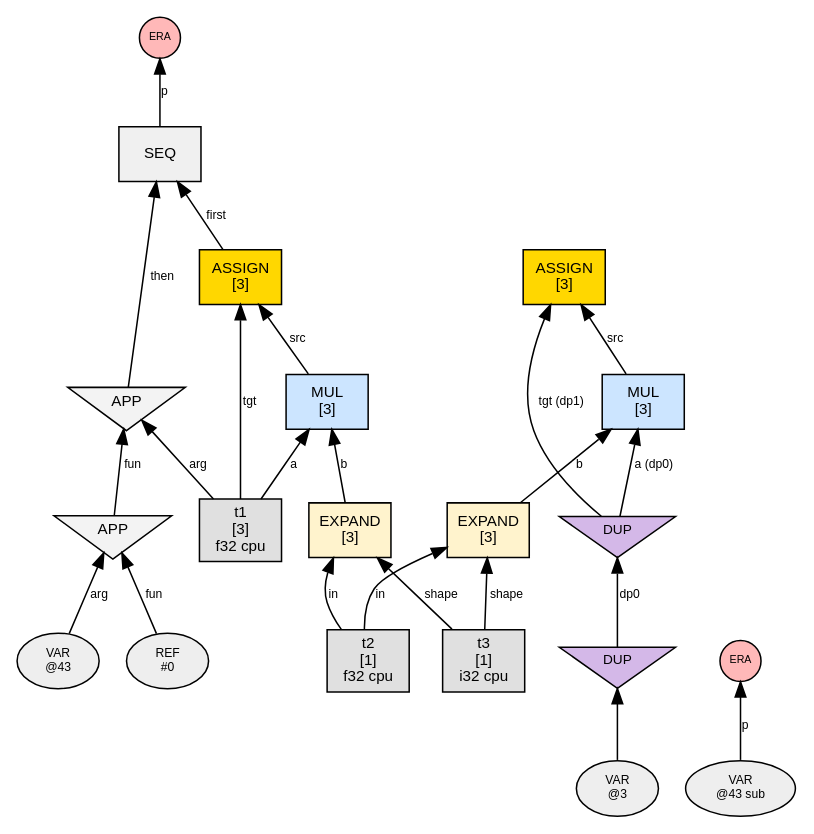
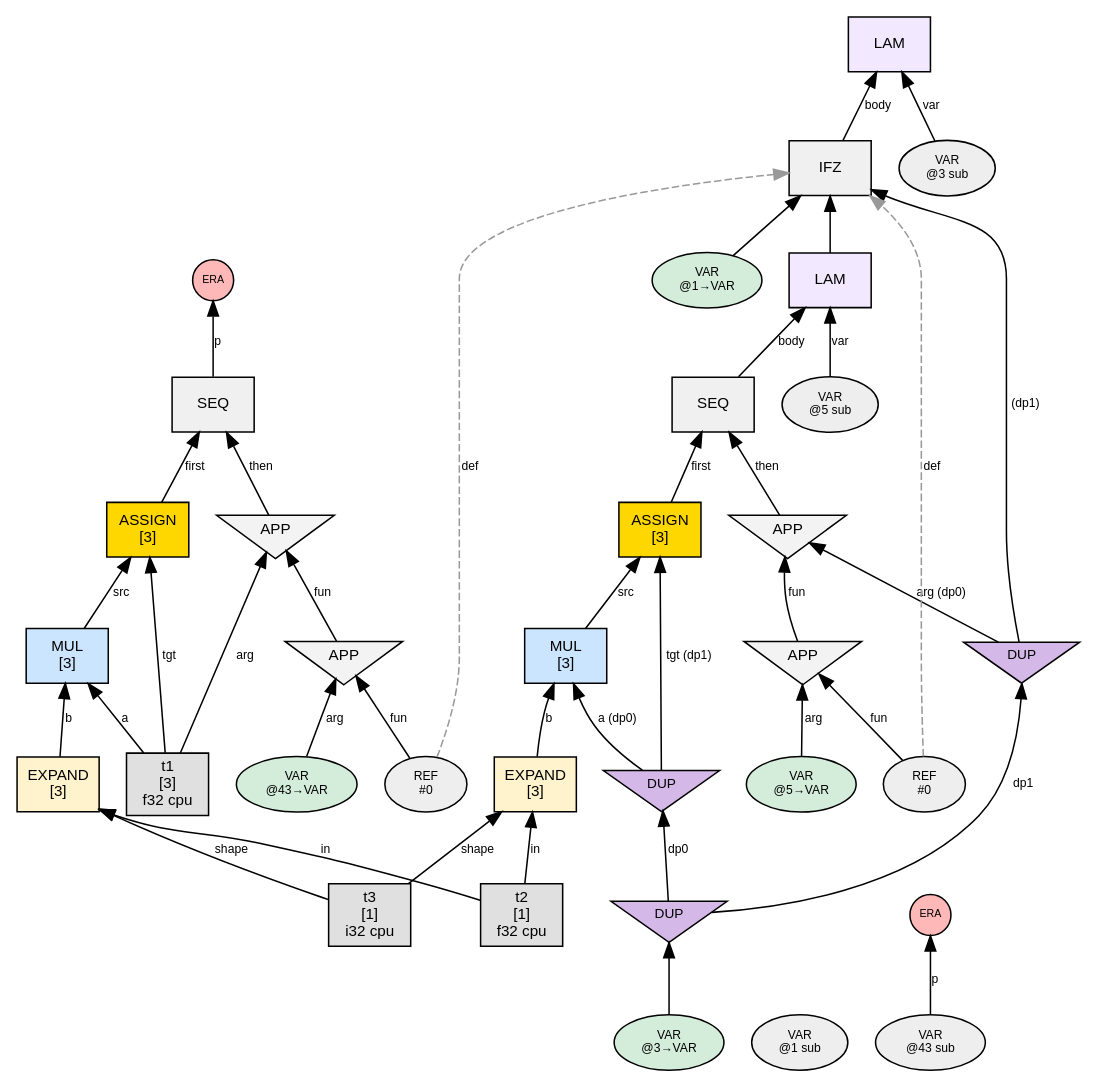
One commit to sw1sh/TinyHVM changed the diagram in phase2_graphs/loop_assign_simple/n0_post_dispatch.dot. Above: the diagram before and after it, drawn with Graphviz. The commit also changed 101 other files, not shown here.

First line of the commit message:
fix: show definition body + resolved VARs in step graphs

```diff
--- a/phase2_graphs/loop_assign_simple/n0_post_dispatch.dot
+++ b/phase2_graphs/loop_assign_simple/n0_post_dispatch.dot
@@ -1,48 +1,77 @@
 digraph G {
   rankdir=BT;
   node [fontname="Helvetica", fontsize=10, style=filled, shape=box, margin="0.1,0.05"];
   edge [fontsize=8, fontname="Helvetica"];
 
   t1 [label="t1\n[3]\nf32 cpu",shape=box,fillcolor="#e0e0e0"];
+  var1 [label="VAR\n@1 sub", shape=oval, fillcolor="#eeeeee", fontsize=8];
+  n3 [label="LAM", shape=box, fillcolor="#f2e8ff"];
+  var3 [label="VAR\n@3 sub", shape=oval, fillcolor="#eeeeee", fontsize=8];
+  var3 -> n3 [label="var"];
+  n26 -> n3 [label="body"];
+  n26 [label="IFZ", shape=box, fillcolor="#f0f0f0"];
+  var26 [label="VAR\n@1→VAR", shape=oval, fillcolor="#d4edda", fontsize=8];
+  var26 -> n26 [label=""];
+  dup9 [label="DUP", shape=invtriangle, fillcolor="#d4b8e8", fontsize=9, width=0.7, height=0.5];
+  dup7 -> dup9 [label="dp1"];
+  dup7 [label="DUP", shape=invtriangle, fillcolor="#d4b8e8", fontsize=9, width=0.7, height=0.5];
+  var7 [label="VAR\n@3→VAR", shape=oval, fillcolor="#d4edda", fontsize=8];
+  var7 -> dup7;
+  dup9 -> n26 [label=" (dp1)"];
+  n5 -> n26 [label=""];
+  var5 [label="VAR\n@5 sub", shape=oval, fillcolor="#eeeeee", fontsize=8];
+  n24 [label="SEQ", shape=box, fillcolor="#f0f0f0"];
+  n18 -> n24 [label="first"];
+  n22 -> n24 [label="then"];
   n10 [label="EXPAND\n[3]", shape=box, fillcolor="#fff3cd"];
   t2 [label="t2\n[1]\nf32 cpu",shape=box,fillcolor="#e0e0e0"];
   t2 -> n10 [label="in"];
   t3 [label="t3\n[1]\ni32 cpu",shape=box,fillcolor="#e0e0e0"];
   t3 -> n10 [label="shape"];
   n14 [label="MUL\n[3]", shape=box, fillcolor="#cce5ff"];
   dup8 [label="DUP", shape=invtriangle, fillcolor="#d4b8e8", fontsize=9, width=0.7, height=0.5];
   dup7 -> dup8 [label="dp0"];
-  dup7 [label="DUP", shape=invtriangle, fillcolor="#d4b8e8", fontsize=9, width=0.7, height=0.5];
-  var7 [label="VAR\n@3", shape=oval, fillcolor="#eeeeee", fontsize=8];
-  var7 -> dup7;
   dup8 -> n14 [label="a (dp0)"];
   n10 -> n14 [label="b"];
+  ref20 [label="REF\n#0", shape=oval, fillcolor="#eeeeee", fontsize=8];
+  ref20 -> n26 [style=dashed, color="#999999", label="def"];
+  n20 [label="APP", shape=invtriangle, fillcolor="#f3f3f3"];
+  ref20 -> n20 [label="fun"];
+  var21 [label="VAR\n@5→VAR", shape=oval, fillcolor="#d4edda", fontsize=8];
+  var21 -> n20 [label="arg"];
   n18 [label="ASSIGN\n[3]", shape=box, fillcolor="#ffd700"];
   dup8 -> n18 [label="tgt (dp1)"];
   n14 -> n18 [label="src"];
+  n22 [label="APP", shape=invtriangle, fillcolor="#f3f3f3"];
+  n20 -> n22 [label="fun"];
+  dup9 -> n22 [label="arg (dp0)"];
+  n5 [label="LAM", shape=box, fillcolor="#f2e8ff"];
+  var5 -> n5 [label="var"];
+  n24 -> n5 [label="body"];
   n45 [label="SEQ", shape=box, fillcolor="#f0f0f0"];
   n47 -> n45 [label="first"];
   n54 -> n45 [label="then"];
   n47 [label="ASSIGN\n[3]", shape=box, fillcolor="#ffd700"];
   t1 -> n47 [label="tgt"];
   n50 -> n47 [label="src"];
   n54 [label="APP", shape=invtriangle, fillcolor="#f3f3f3"];
   n56 -> n54 [label="fun"];
   t1 -> n54 [label="arg"];
   n50 [label="MUL\n[3]", shape=box, fillcolor="#cce5ff"];
   t1 -> n50 [label="a"];
   n52 -> n50 [label="b"];
   n52 [label="EXPAND\n[3]", shape=box, fillcolor="#fff3cd"];
   t2 -> n52 [label="in"];
   t3 -> n52 [label="shape"];
   n56 [label="APP", shape=invtriangle, fillcolor="#f3f3f3"];
   ref56 [label="REF\n#0", shape=oval, fillcolor="#eeeeee", fontsize=8];
   ref56 -> n56 [label="fun"];
-  var57 [label="VAR\n@43", shape=oval, fillcolor="#eeeeee", fontsize=8];
+  var57 [label="VAR\n@43→VAR", shape=oval, fillcolor="#d4edda", fontsize=8];
   var57 -> n56 [label="arg"];
+  ref56 -> n26 [style=dashed, color="#999999", label="def"];
   era61 [label="ERA",shape=circle,width=0.38,height=0.38,fixedsize=true,fillcolor="#ffb8b8",fontsize=7];
   var60 [label="VAR\n@43 sub", shape=oval, fillcolor="#eeeeee", fontsize=8];
   var60 -> era61 [label="p"];
   era63 [label="ERA",shape=circle,width=0.38,height=0.38,fixedsize=true,fillcolor="#ffb8b8",fontsize=7];
   n45 -> era63 [label="p"];
 }
```
